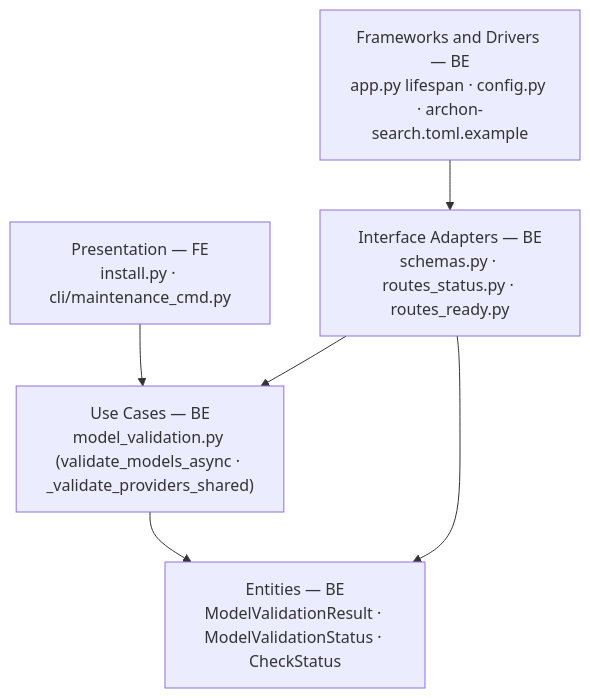
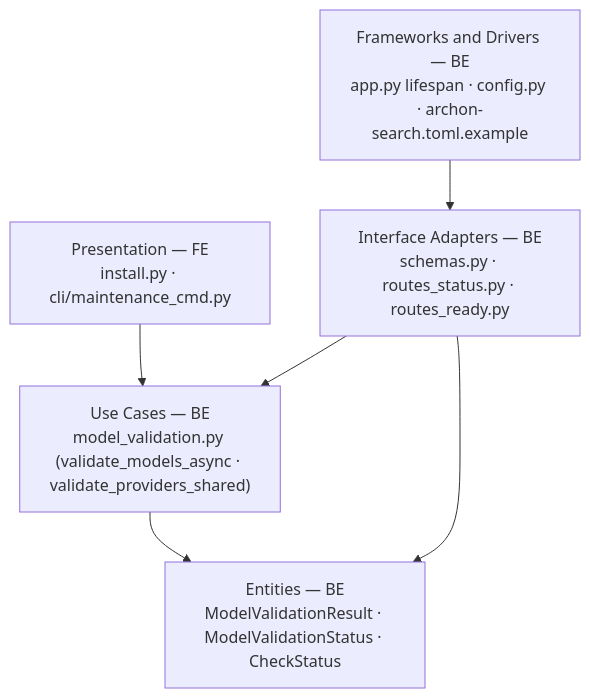
The first of 2 diagrams in Documentation/Backlog/D6-provider-validation-team-plan.md (user538295/archon-search), drawn with Mermaid before and after one commit. The commit also changed other lines of this file and 2 other files, not shown here.

First line of the commit message:
docs(D6): apply iterative-review findings to provider-validation team plan

````diff
--- a/Documentation/Backlog/D6-provider-validation-team-plan.md
+++ b/Documentation/Backlog/D6-provider-validation-team-plan.md
@@ -101,13 +102,13 @@
 ```mermaid
 flowchart TD
   P["Presentation — FE<br/>install.py · cli/maintenance_cmd.py"]
-  UC["Use Cases — BE<br/>model_validation.py (validate_models_async · _validate_providers_shared)"]
+  UC["Use Cases — BE<br/>model_validation.py (validate_models_async · validate_providers_shared)"]
   AD["Interface Adapters — BE<br/>schemas.py · routes_status.py · routes_ready.py"]
   EN["Entities — BE<br/>ModelValidationResult · ModelValidationStatus · CheckStatus"]
   FW["Frameworks and Drivers — BE<br/>app.py lifespan · config.py · archon-search.toml.example"]
   P --> UC
   UC --> EN
   AD --> UC
   AD --> EN
   FW --> AD
 ```
````
